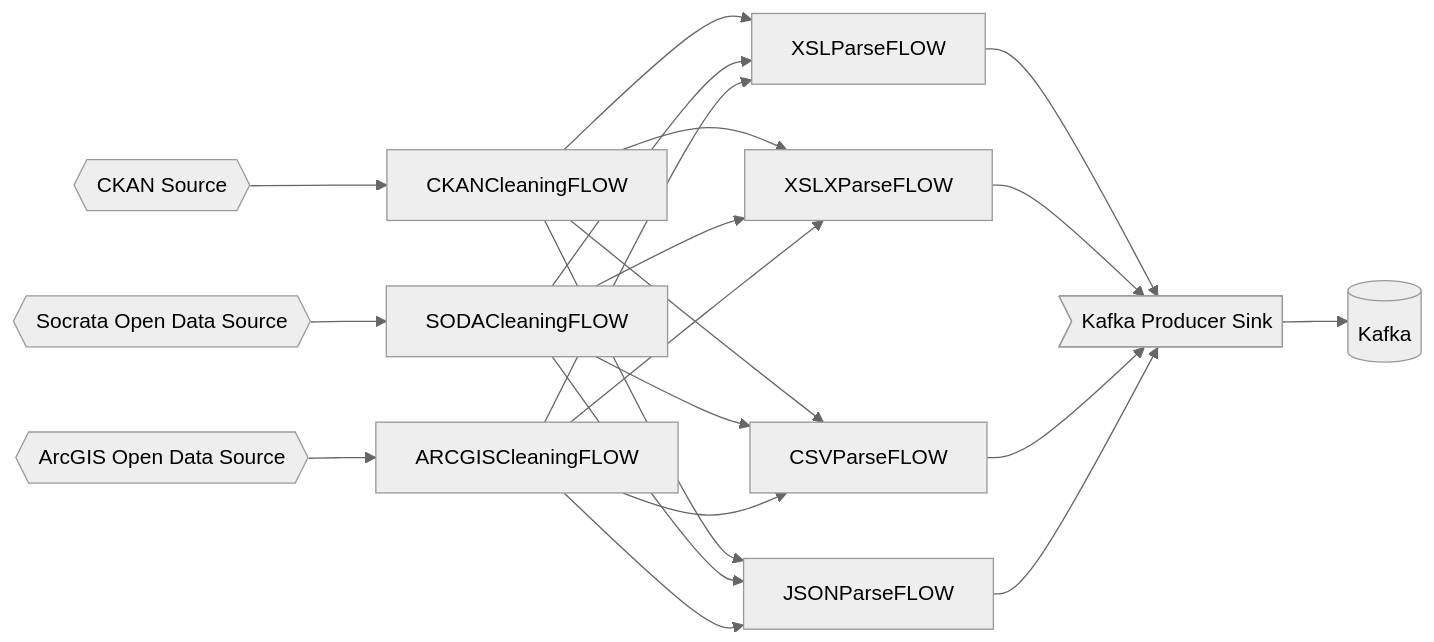
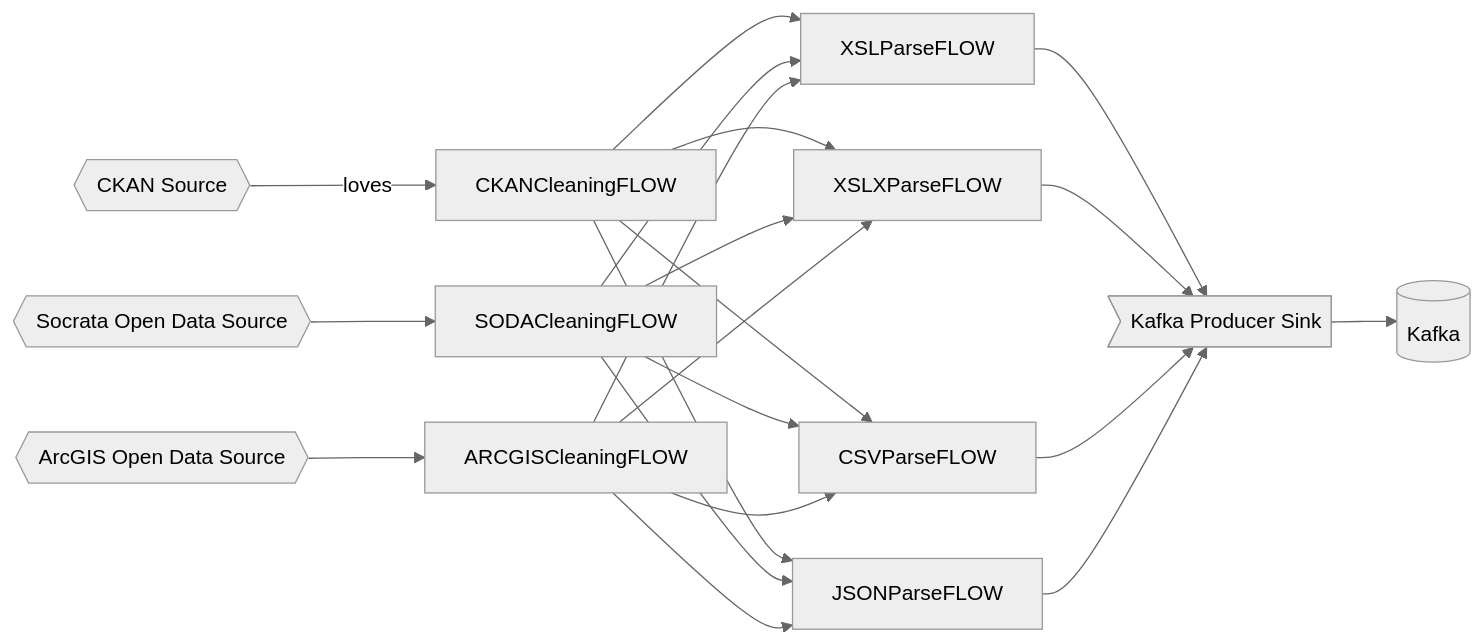
One commit to professor-greebie/test-compile changed the second of 2 diagrams in architecture/streams.md. Above: the diagram before and after it, drawn with Mermaid (neutral theme). The commit also changed other lines of this file and 6 other files, not shown here.

````diff
--- a/architecture/streams.md
+++ b/architecture/streams.md
@@ -13,43 +20,43 @@
 ```mermaid
 
 flowchart LR
   KafkaProducerSink> Kafka Producer Sink]
   CKANSource{{CKAN Source}}
   SODASource{{Socrata Open Data Source}}
   ARCGISSource{{ArcGIS Open Data Source}}
   CKANCleaningFLOW
   SODACleaningFLOW
   ARCGISCleaningFLOW
   XSLParseFLOW
   XSLXParseFLOW
   CSVParseFLOW
   JSONParseFLOW
 
 
   Kafka[(Kafka)]
 
   KafkaProducerSink --> Kafka
   Kafka
-  CKANSource --> CKANCleaningFLOW
+  CKANSource -- loves --> CKANCleaningFLOW
   SODASource --> SODACleaningFLOW
   ARCGISSource --> ARCGISCleaningFLOW
   CKANCleaningFLOW --> XSLParseFLOW
   CKANCleaningFLOW --> XSLXParseFLOW
   CKANCleaningFLOW --> JSONParseFLOW
   CKANCleaningFLOW --> CSVParseFLOW
   SODACleaningFLOW --> XSLParseFLOW
   SODACleaningFLOW --> XSLXParseFLOW
   SODACleaningFLOW --> CSVParseFLOW
   SODACleaningFLOW --> JSONParseFLOW
   ARCGISCleaningFLOW --> XSLParseFLOW
   ARCGISCleaningFLOW --> XSLXParseFLOW
   ARCGISCleaningFLOW --> CSVParseFLOW
   ARCGISCleaningFLOW --> JSONParseFLOW
   XSLParseFLOW --> KafkaProducerSink
   XSLXParseFLOW --> KafkaProducerSink
   CSVParseFLOW --> KafkaProducerSink
   JSONParseFLOW --> KafkaProducerSink
 
 
 
 ```
````
